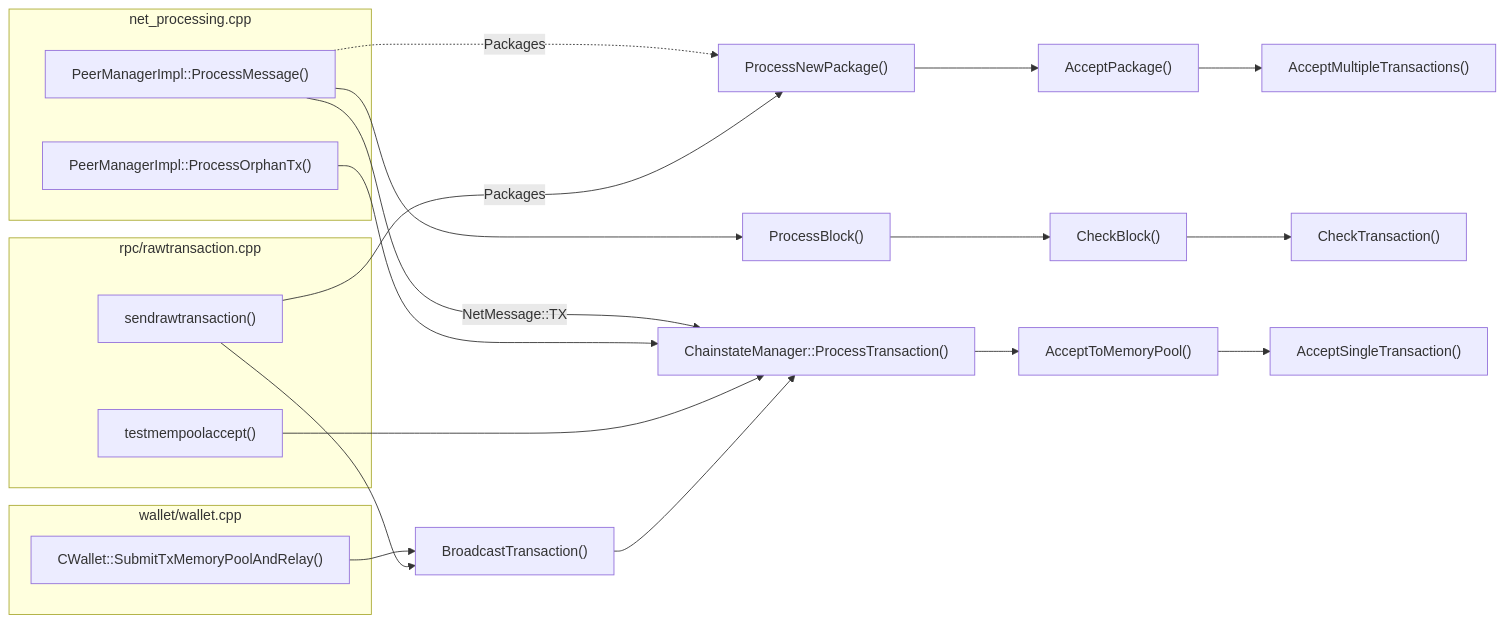
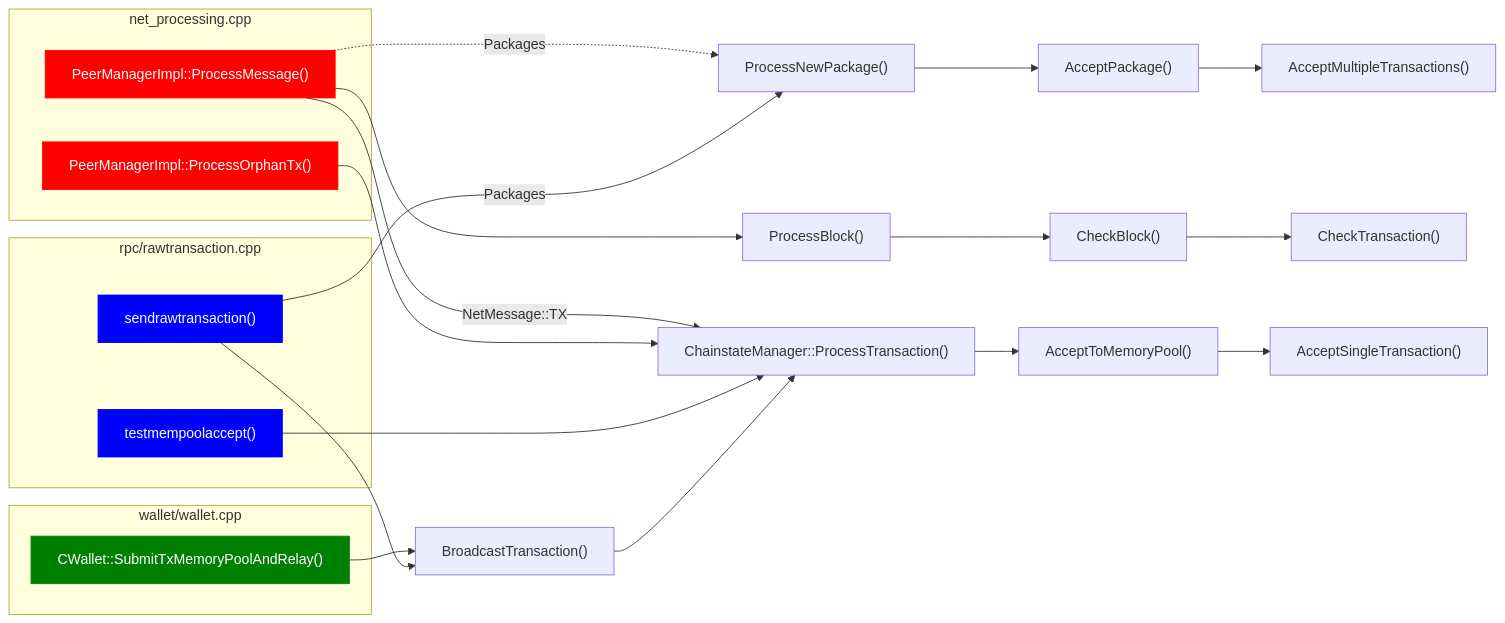
One commit to chaincodelabs/onboarding-to-bitcoin-core changed the first of 3 diagrams in 03_consensus-and-validation.adoc. Above: the diagram before and after it, drawn with Mermaid. The commit also changed other lines of this file, not shown here.

Commit message:
color-code tx origination

```diff
--- a/03_consensus-and-validation.adoc
+++ b/03_consensus-and-validation.adoc
@@ -446,43 +446,50 @@
 [mermaid,target=tx-origination,format=svg,id=tx-origination]
 ....
 flowchart LR
     process_tx["ChainstateManager::ProcessTransaction()"]
     process_msg["PeerManagerImpl::ProcessMessage()"]
     process_block["ProcessBlock()"]
     check_block["CheckBlock()"]
     check_transaction["CheckTransaction()"]
     process_orphan["PeerManagerImpl::ProcessOrphanTx()"]
     broadcast_tx["BroadcastTransaction()"]
     srt["sendrawtransaction()"]
     tmpa["testmempoolaccept()"]
     submit_relay["CWallet::SubmitTxMemoryPoolAndRelay()"]
     atmp["AcceptToMemoryPool()"]
     accept_single["AcceptSingleTransaction()"]
     process_package["ProcessNewPackage()"]
     accept_package["AcceptPackage()"]
     accept_multiple["AcceptMultipleTransactions()"]
 
     subgraph net_processing.cpp
         process_msg
         process_orphan
     end
     subgraph 2 ["rpc/rawtransaction.cpp"]
         srt
         tmpa
     end
     subgraph 3 [wallet/wallet.cpp]
         submit_relay
     end
     process_msg -. Packages ..-> process_package
     process_msg ---> process_block --> check_block --> check_transaction
     process_msg -- NetMessage::TX --> process_tx
     process_orphan ---> process_tx
     tmpa --> process_tx
     submit_relay --> broadcast_tx
     srt --> broadcast_tx
     broadcast_tx --> process_tx
     process_tx --> atmp --> accept_single
     srt -- Packages --> process_package
     process_package --> accept_package
     accept_package --> accept_multiple
+
+    classDef P2P fill:red,color:white,stroke:red;
+    classDef Wallet fill:green,color:white,stroke:green;
+    classDef RPC fill:blue,color:white,stroke:blue;
+    class process_msg,process_orphan P2P
+    class submit_relay Wallet
+    class tmpa,srt RPC
 ....
```
